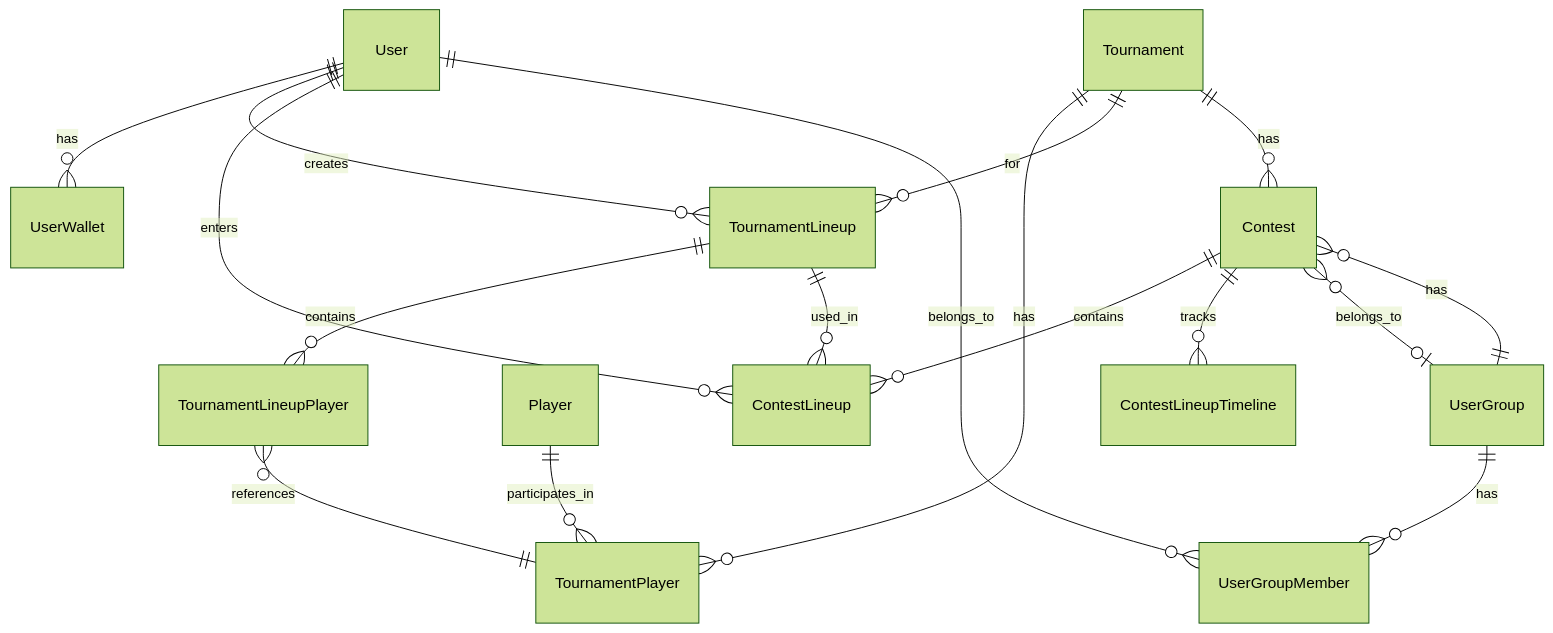
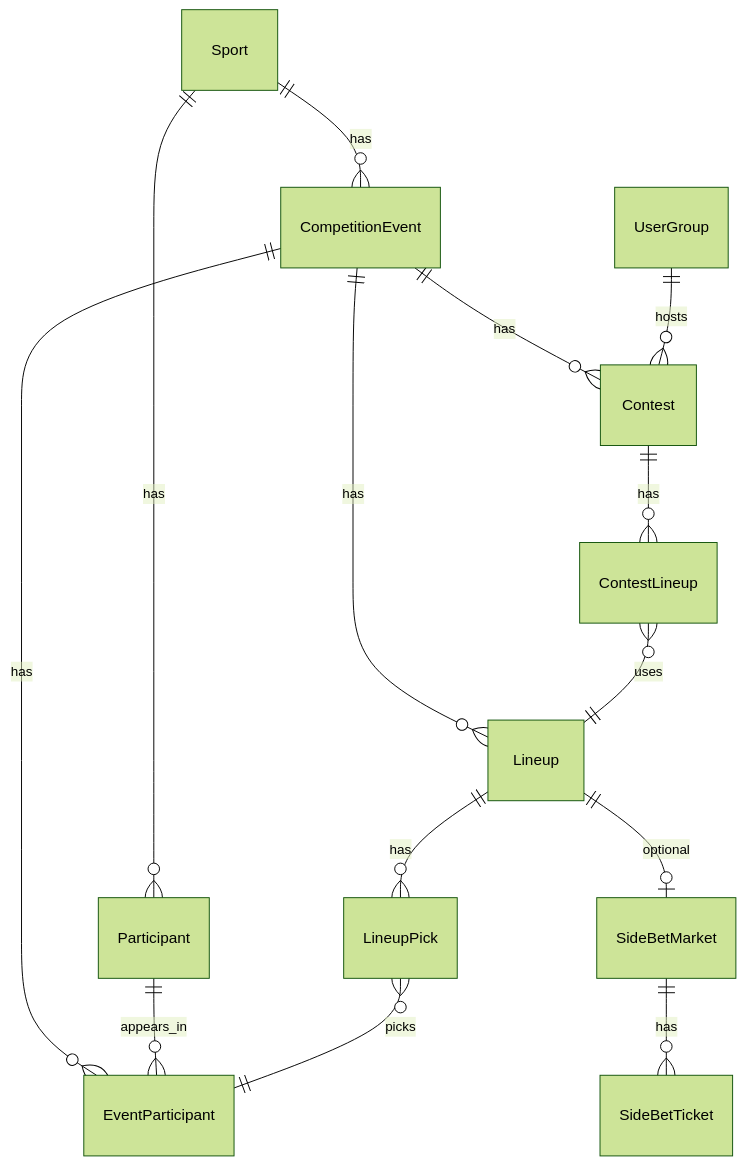
The diagram in spec/server/data-models.md (MagRelo/cut), drawn with Mermaid (forest theme) before and after one commit. The commit also changed other lines of this file and 214 other files, not shown here.

First line of the commit message:
Refactor platform architecture and enhance contest functionality

````diff
--- a/spec/server/data-models.md
+++ b/spec/server/data-models.md
@@ -187,24 +134,16 @@
 ```mermaid
 erDiagram
-    User ||--o{ UserWallet : has
-    User ||--o{ TournamentLineup : creates
-    User ||--o{ ContestLineup : enters
-    User ||--o{ UserGroupMember : belongs_to
-    
-    Tournament ||--o{ TournamentPlayer : has
-    Tournament ||--o{ TournamentLineup : for
-    Tournament ||--o{ Contest : has
-    
-    Player ||--o{ TournamentPlayer : participates_in
-    
-    TournamentLineup ||--o{ TournamentLineupPlayer : contains
-    TournamentLineup ||--o{ ContestLineup : used_in
-    TournamentLineupPlayer }o--|| TournamentPlayer : references
-    
-    Contest ||--o{ ContestLineup : contains
-    Contest ||--o{ ContestLineupTimeline : tracks
-    Contest }o--o| UserGroup : belongs_to
-    
-    UserGroup ||--o{ UserGroupMember : has
-    UserGroup ||--o{ Contest : has
+  Sport ||--o{ CompetitionEvent : has
+  Sport ||--o{ Participant : has
+  CompetitionEvent ||--o{ EventParticipant : has
+  Participant ||--o{ EventParticipant : appears_in
+  CompetitionEvent ||--o{ Lineup : has
+  Lineup ||--o{ LineupPick : has
+  LineupPick }o--|| EventParticipant : picks
+  CompetitionEvent ||--o{ Contest : has
+  UserGroup ||--o{ Contest : hosts
+  Contest ||--o{ ContestLineup : has
+  ContestLineup }o--|| Lineup : uses
+  Lineup ||--o| SideBetMarket : optional
+  SideBetMarket ||--o{ SideBetTicket : has
 ```
````
